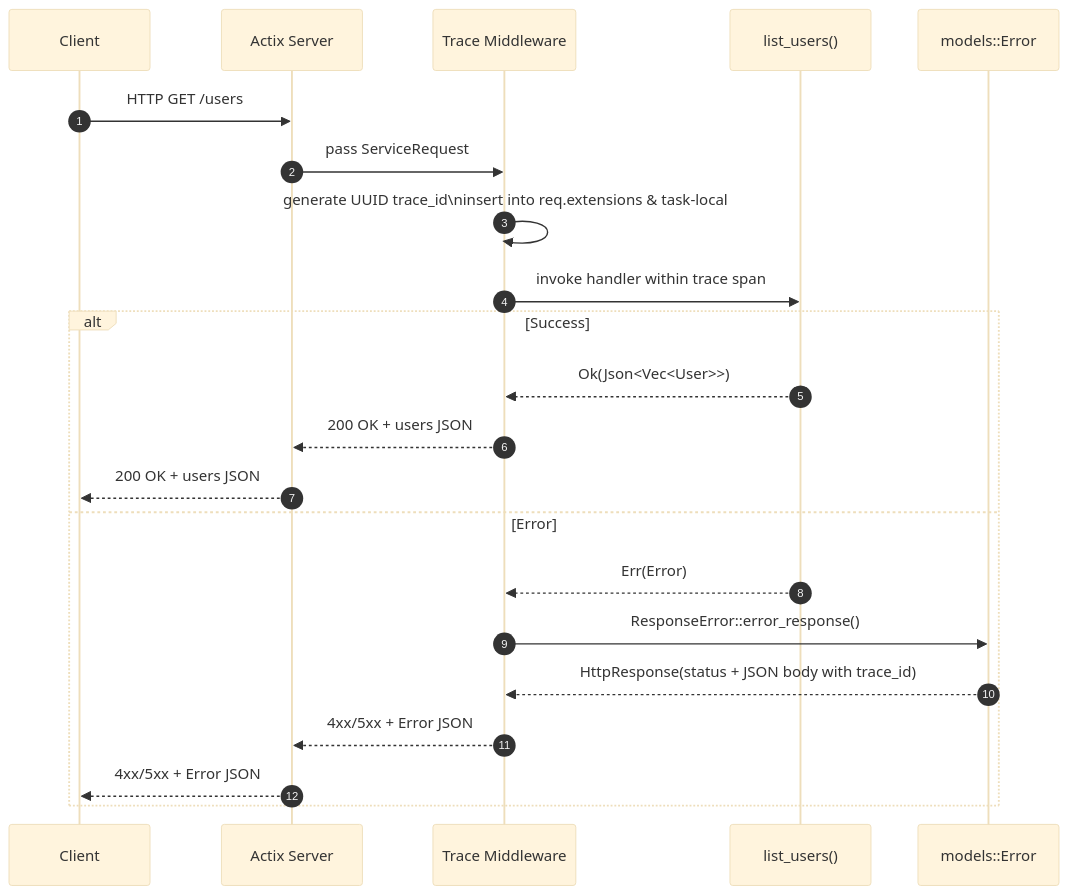
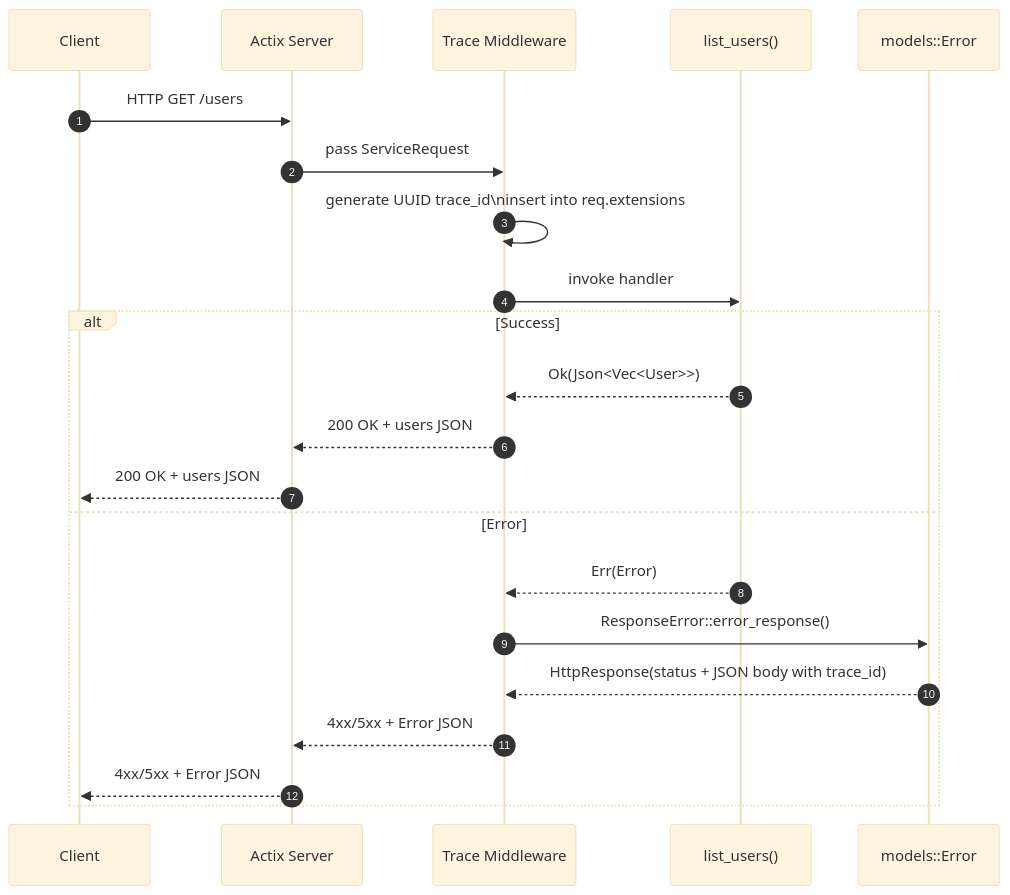
One commit to leynos/wildside changed the third of 6 diagrams in docs/wildside-backend-design.md. Above: the diagram before and after it, drawn with Mermaid (base theme). The commit also changed 2 other files, not shown here.

Commit message:
Remove task-local trace storage

````diff
--- a/docs/wildside-backend-design.md
+++ b/docs/wildside-backend-design.md
@@ -242,25 +242,25 @@
 ```mermaid
 sequenceDiagram
   autonumber
   participant Client
   participant Actix as Actix Server
   participant TraceMW as Trace Middleware
   participant Handler as list_users()
   participant ErrorModel as models::Error
 
   Client->>Actix: HTTP GET /users
   Actix->>TraceMW: pass ServiceRequest
-  TraceMW->>TraceMW: generate UUID trace_id\ninsert into req.extensions & task-local
-  TraceMW->>Handler: invoke handler within trace span
+  TraceMW->>TraceMW: generate UUID trace_id\ninsert into req.extensions
+  TraceMW->>Handler: invoke handler
   alt Success
     Handler-->>TraceMW: Ok(Json<Vec<User>>)
     TraceMW-->>Actix: 200 OK + users JSON
     Actix-->>Client: 200 OK + users JSON
   else Error
     Handler-->>TraceMW: Err(Error)
     TraceMW->>ErrorModel: ResponseError::error_response()
     ErrorModel-->>TraceMW: HttpResponse(status + JSON body with trace_id)
     TraceMW-->>Actix: 4xx/5xx + Error JSON
     Actix-->>Client: 4xx/5xx + Error JSON
   end
 ```
````
